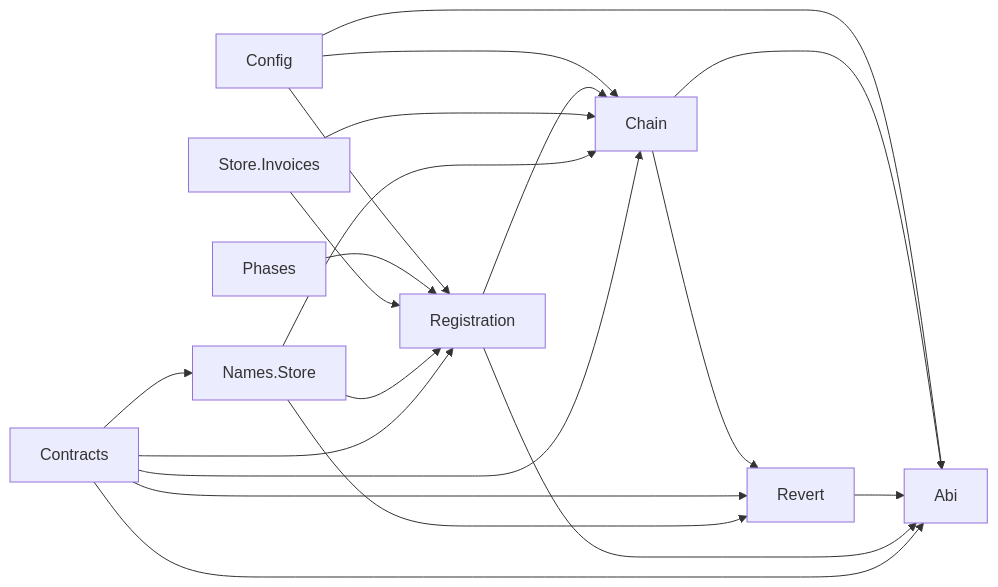
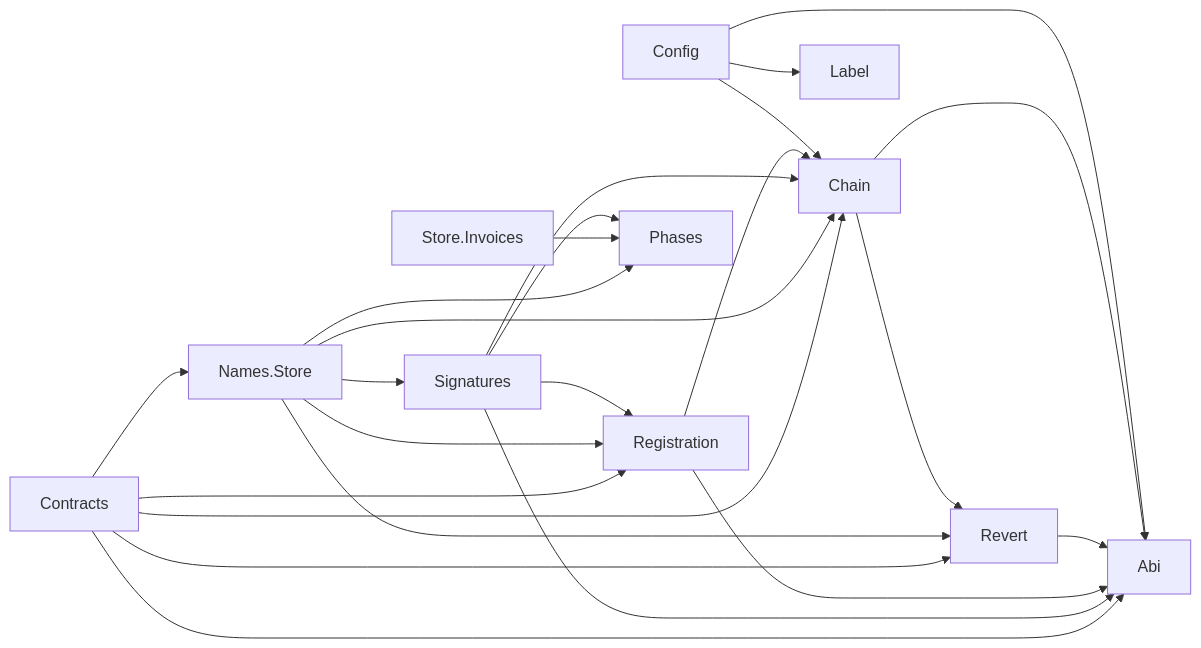
Before and after one commit to simplex-chat/simplex-chat: the fourth of 4 diagrams in plans/2026-11-16-names-review-fixes-a2.md, drawn with Mermaid. The commit also changed other lines of this file and 45 other files, not shown here.

````diff
--- a/plans/2026-11-16-names-review-fixes-a2.md
+++ b/plans/2026-11-16-names-review-fixes-a2.md
@@ -165,22 +164,26 @@
 ```mermaid
 graph LR
   Config --> Abi
   Config --> Chain
+  Config --> Label
   Chain --> Abi
   Chain --> Revert
   Revert --> Abi
   Registration --> Abi
+  Registration --> Chain
+  Signatures --> Abi
+  Signatures --> Chain
+  Signatures --> Phases
+  Signatures --> Registration
+  Invoices[Store.Invoices] --> Phases
+  Store[Names.Store] --> Chain
+  Store --> Phases
+  Store --> Registration
+  Store --> Revert
+  Store --> Signatures
   Contracts --> Abi
-  Contracts --> Revert
-  Store --> Revert
-  Config --> Registration
-  Registration --> Chain
-  Phases --> Registration
-  Invoices[Store.Invoices] --> Registration
-  Invoices --> Chain
-  Store[Names.Store] --> Registration
-  Store --> Chain
   Contracts --> Chain
   Contracts --> Registration
+  Contracts --> Revert
   Contracts --> Store
 ```
````
